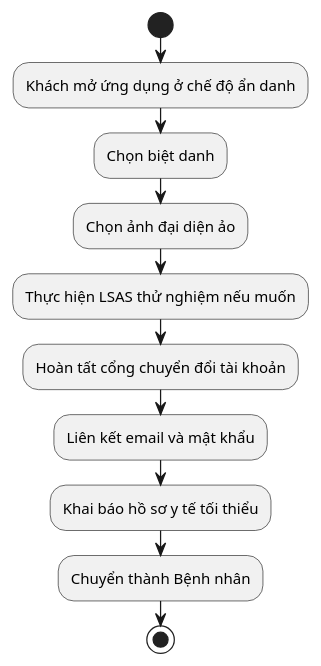
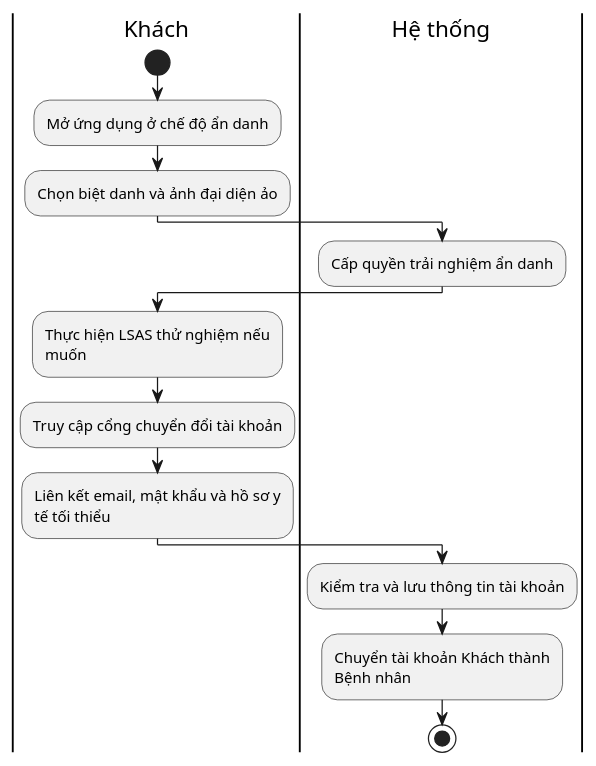
Before and after one commit to phuongtech24/do_an: the diagram in docs/diagrams/Bieudohoatdong/uc01_guest_management_bieudohoatdong.puml, drawn with PlantUML. The commit also changed 61 other files, not shown here.

```diff
--- a/docs/diagrams/Bieudohoatdong/uc01_guest_management_bieudohoatdong.puml
+++ b/docs/diagrams/Bieudohoatdong/uc01_guest_management_bieudohoatdong.puml
@@ -1,13 +1,23 @@
 @startuml
 skinparam defaultFontName "Times New Roman"
+skinparam wrapWidth 200
+skinparam NodePadding 20
+
+|Khách|
 start
-:Khách mở ứng dụng ở chế độ ẩn danh;
-:Chọn biệt danh;
-:Chọn ảnh đại diện ảo;
+:Mở ứng dụng ở chế độ ẩn danh;
+:Chọn biệt danh và ảnh đại diện ảo;
+
+|Hệ thống|
+:Cấp quyền trải nghiệm ẩn danh;
+
+|Khách|
 :Thực hiện LSAS thử nghiệm nếu muốn;
-:Hoàn tất cổng chuyển đổi tài khoản;
-:Liên kết email và mật khẩu;
-:Khai báo hồ sơ y tế tối thiểu;
-:Chuyển thành Bệnh nhân;
+:Truy cập cổng chuyển đổi tài khoản;
+:Liên kết email, mật khẩu và hồ sơ y tế tối thiểu;
+
+|Hệ thống|
+:Kiểm tra và lưu thông tin tài khoản;
+:Chuyển tài khoản Khách thành Bệnh nhân;
 stop
 @enduml
```
